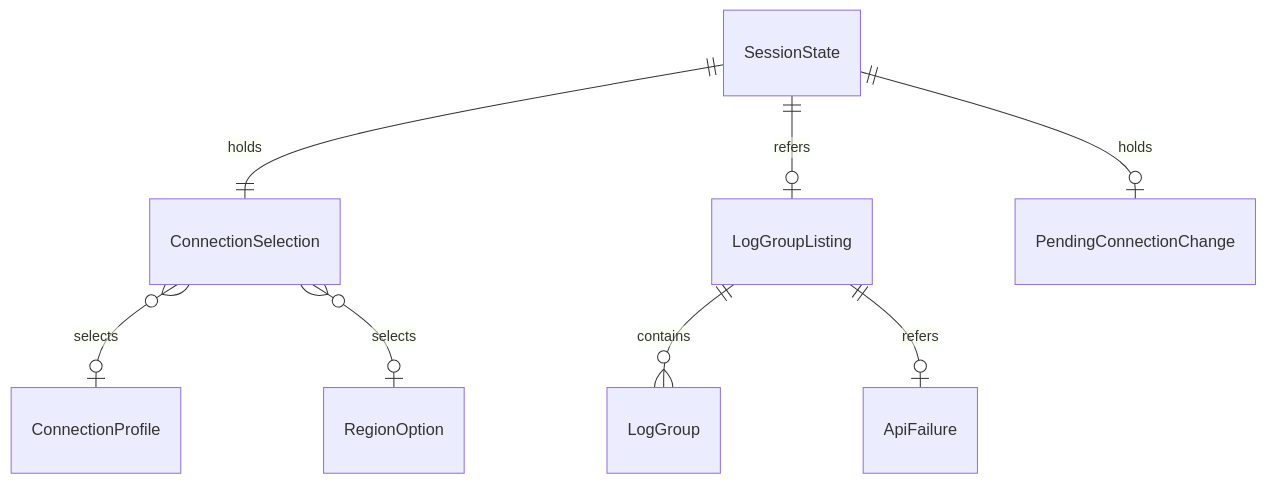
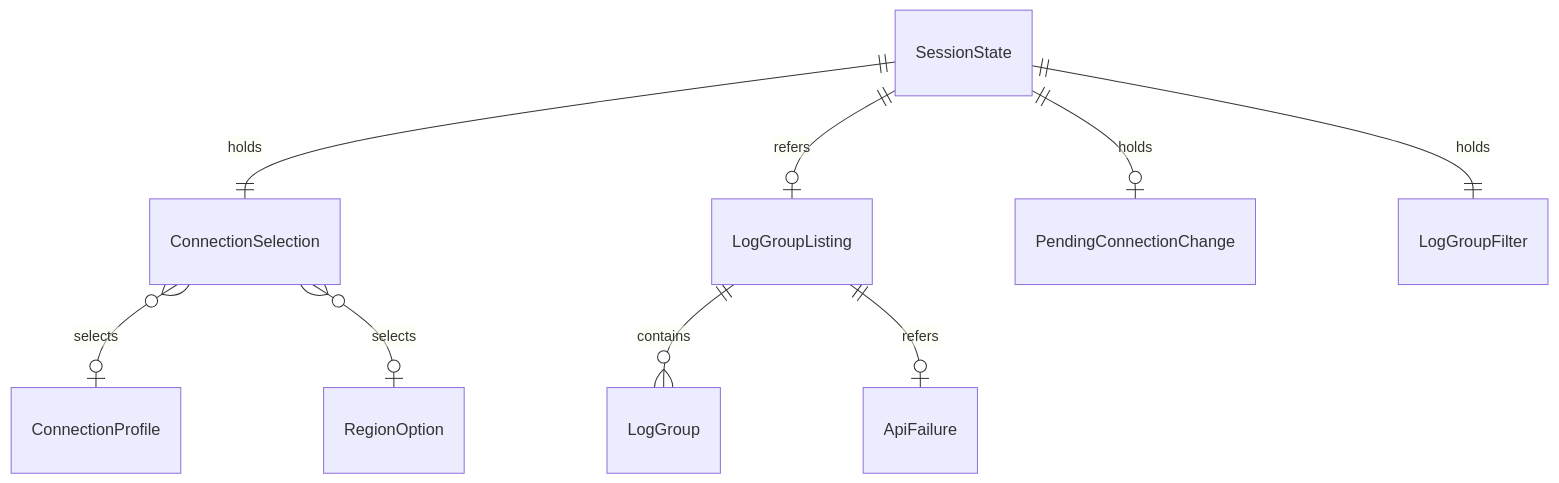
The fifth of 5 diagrams in aidlc/spaces/default/intents/261002-cwlogs-viewer/construction/u2-connection-selection/functional-design/functional-spec.md (kdnakt/local-sights), drawn with Mermaid before and after one commit. The commit also changed other lines of this file and 4 other files, not shown here.

````diff
--- a/aidlc/spaces/default/intents/261002-cwlogs-viewer/construction/u2-connection-selection/functional-design/functional-spec.md
+++ b/aidlc/spaces/default/intents/261002-cwlogs-viewer/construction/u2-connection-selection/functional-design/functional-spec.md
@@ -126,10 +144,11 @@
 ```mermaid
 erDiagram
   SessionState ||--|| ConnectionSelection : holds
   SessionState ||--o| LogGroupListing : refers
   SessionState ||--o| PendingConnectionChange : holds
+  SessionState ||--|| LogGroupFilter : holds
   ConnectionSelection }o--o| ConnectionProfile : selects
   ConnectionSelection }o--o| RegionOption : selects
   LogGroupListing ||--o{ LogGroup : contains
   LogGroupListing ||--o| ApiFailure : refers
 ```
````
